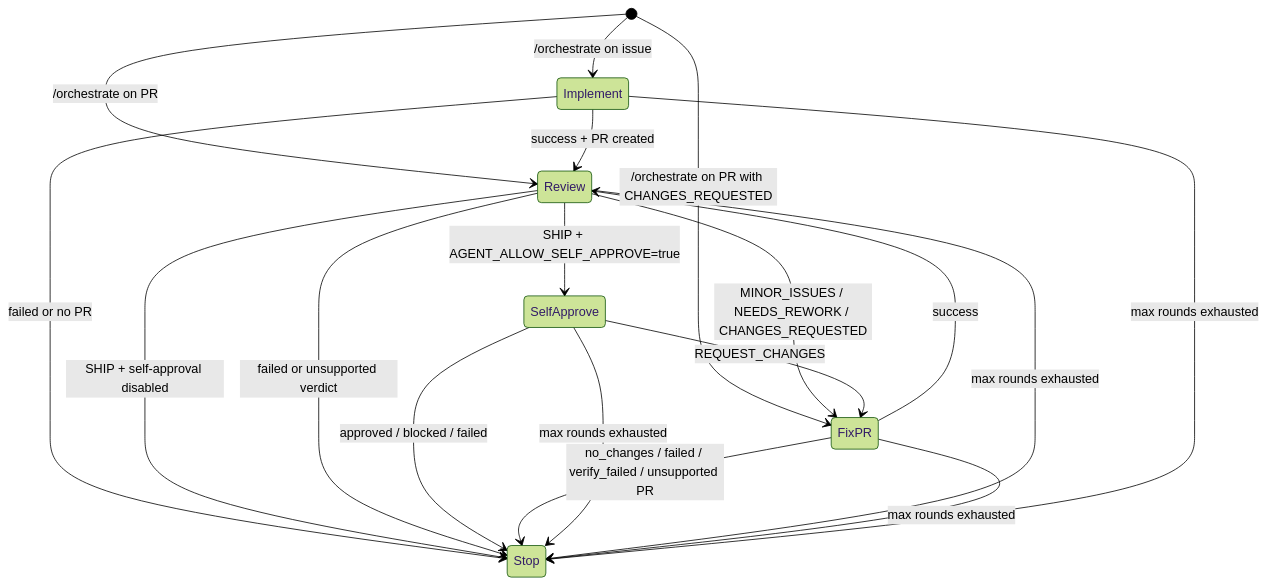
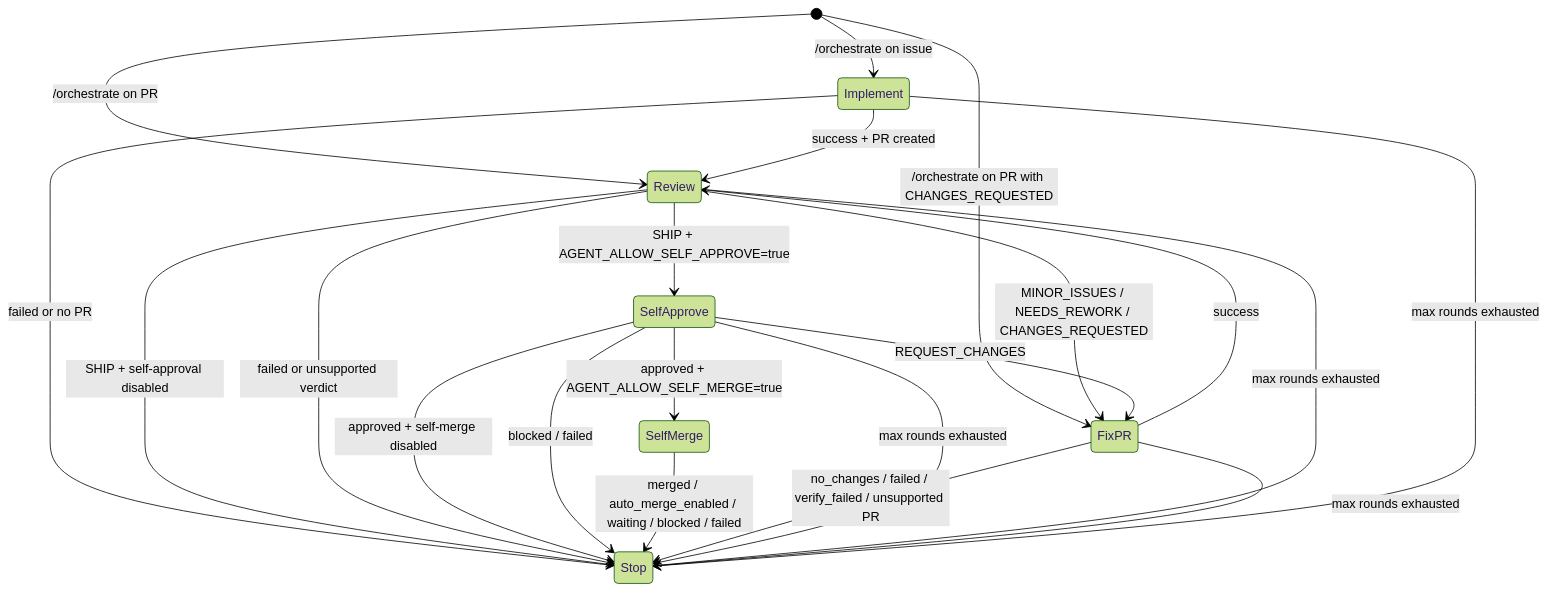
The diagram in .agent/docs/technical-details/agent-orchestrator.md (self-evolving/repo), drawn with Mermaid (forest theme) before and after one commit. The commit also changed other lines of this file and 26 other files, not shown here.

Commit message:
Add opt-in deterministic self-merge workflow

````diff
--- a/.agent/docs/technical-details/agent-orchestrator.md
+++ b/.agent/docs/technical-details/agent-orchestrator.md
@@ -18,25 +18,28 @@
 ```mermaid
 stateDiagram-v2
     [*] --> Implement: /orchestrate on issue
     [*] --> Review: /orchestrate on PR
     [*] --> FixPR: /orchestrate on PR with CHANGES_REQUESTED
 
     Implement --> Review: success + PR created
     Implement --> Stop: failed or no PR
 
     Review --> SelfApprove: SHIP + AGENT_ALLOW_SELF_APPROVE=true
     Review --> FixPR: MINOR_ISSUES / NEEDS_REWORK / CHANGES_REQUESTED
     Review --> Stop: SHIP + self-approval disabled
     Review --> Stop: failed or unsupported verdict
 
     SelfApprove --> FixPR: REQUEST_CHANGES
-    SelfApprove --> Stop: approved / blocked / failed
+    SelfApprove --> SelfMerge: approved + AGENT_ALLOW_SELF_MERGE=true
+    SelfApprove --> Stop: approved + self-merge disabled
+    SelfApprove --> Stop: blocked / failed
+    SelfMerge --> Stop: merged / auto_merge_enabled / waiting / blocked / failed
 
     FixPR --> Review: success
     FixPR --> Stop: no_changes / failed / verify_failed / unsupported PR
 
     SelfApprove --> Stop: max rounds exhausted
     Review --> Stop: max rounds exhausted
     FixPR --> Stop: max rounds exhausted
     Implement --> Stop: max rounds exhausted
 ```
````
